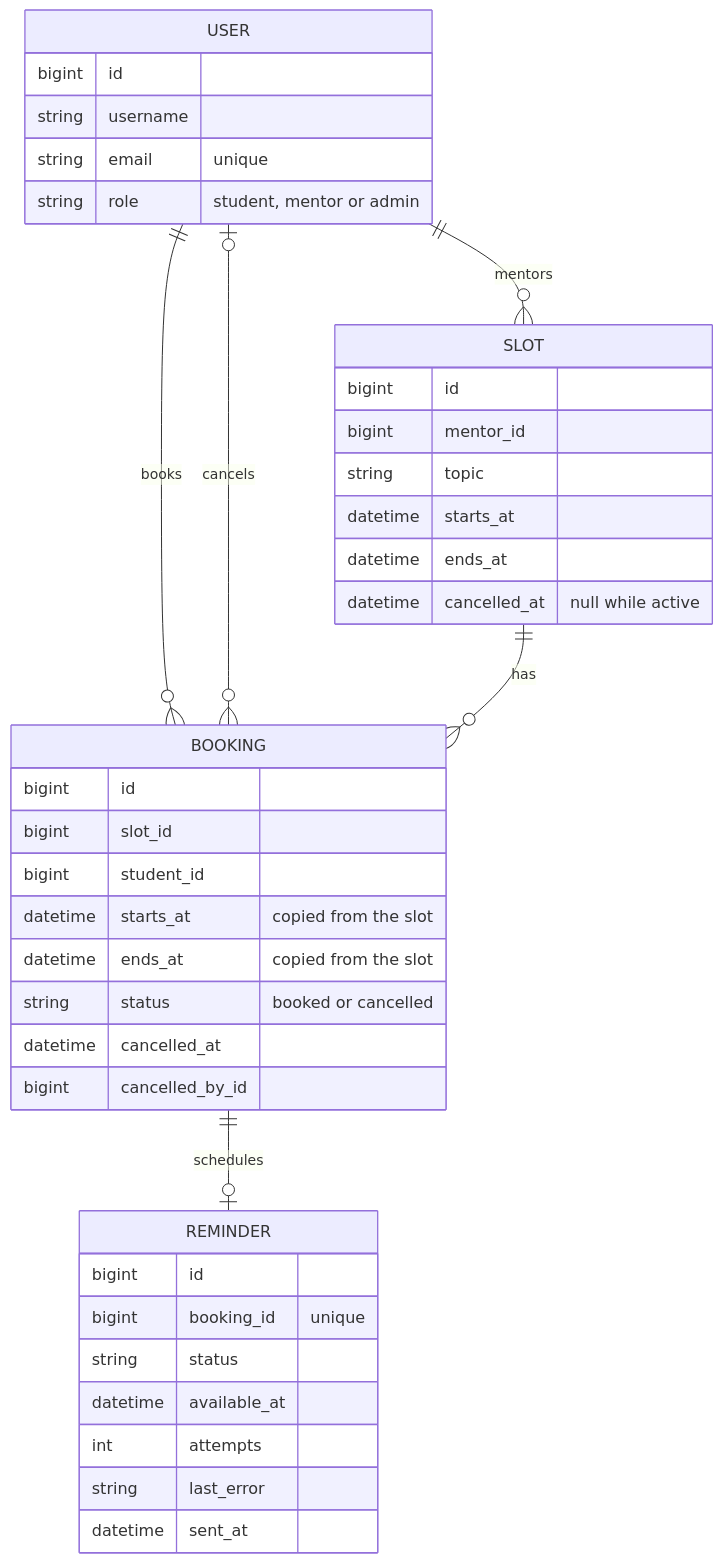
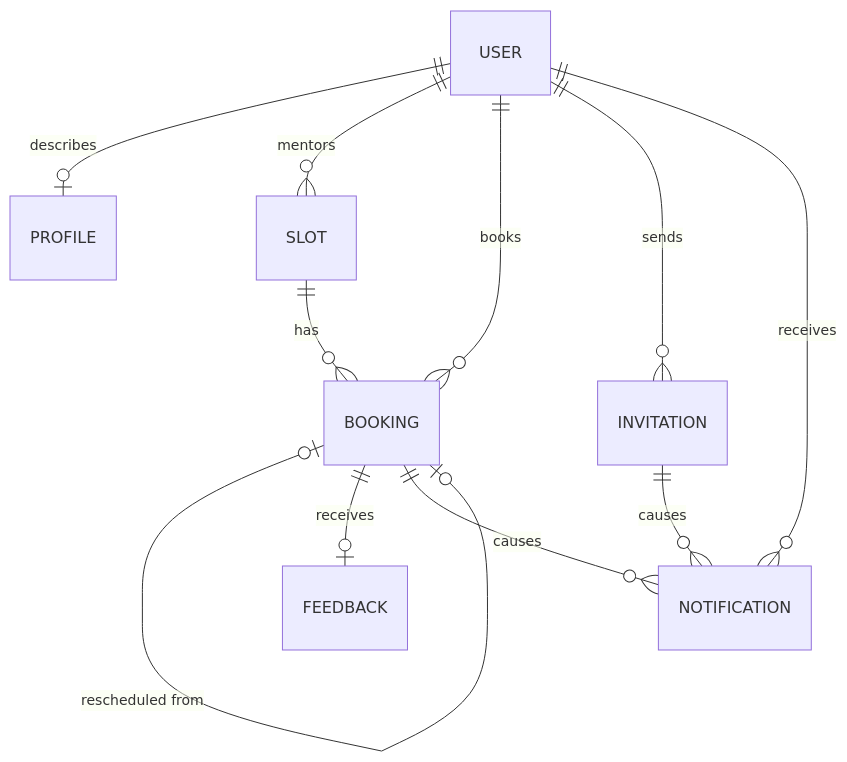
Before and after one commit to InsaneCoder789/InterviewOps: the first of 2 diagrams in docs/ARCHITECTURE.md, drawn with Mermaid. The commit also changed other lines of this file and 5 other files, not shown here.

````diff
--- a/docs/ARCHITECTURE.md
+++ b/docs/ARCHITECTURE.md
@@ -32,42 +32,13 @@
 ```mermaid
 erDiagram
+    USER ||--o| PROFILE : "describes"
     USER ||--o{ SLOT : "mentors"
     USER ||--o{ BOOKING : "books"
-    USER |o--o{ BOOKING : "cancels"
+    USER ||--o{ INVITATION : "sends"
     SLOT ||--o{ BOOKING : "has"
-    BOOKING ||--o| REMINDER : "schedules"
-
-    USER {
-        bigint id
-        string username
-        string email "unique"
-        string role "student, mentor or admin"
-    }
-    SLOT {
-        bigint id
-        bigint mentor_id
-        string topic
-        datetime starts_at
-        datetime ends_at
-        datetime cancelled_at "null while active"
-    }
-    BOOKING {
-        bigint id
-        bigint slot_id
-        bigint student_id
-        datetime starts_at "copied from the slot"
-        datetime ends_at "copied from the slot"
-        string status "booked or cancelled"
-        datetime cancelled_at
-        bigint cancelled_by_id
-    }
-    REMINDER {
-        bigint id
-        bigint booking_id "unique"
-        string status
-        datetime available_at
-        int attempts
-        string last_error
-        datetime sent_at
-    }
+    BOOKING |o--o| BOOKING : "rescheduled from"
+    BOOKING ||--o| FEEDBACK : "receives"
+    BOOKING ||--o{ NOTIFICATION : "causes"
+    INVITATION ||--o{ NOTIFICATION : "causes"
+    USER ||--o{ NOTIFICATION : "receives"
 ```
````
